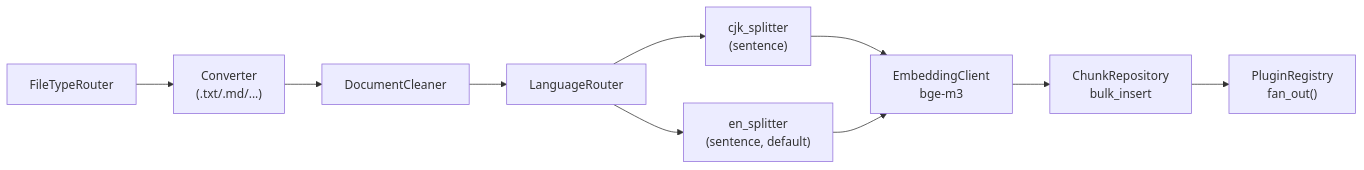
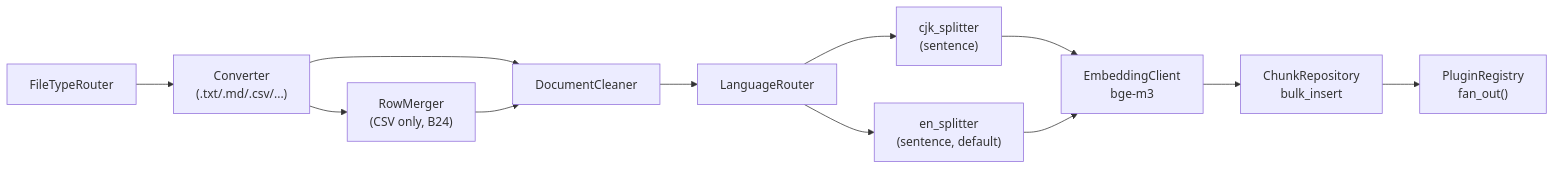
Before and after one commit to jeffweilee/ragent: the diagram in docs/00_spec.md, drawn with Mermaid. The commit also changed other lines of this file and 1 other file, not shown here.

First line of the commit message:
[BEHAVIORAL] Round 4 pre-impl audit: B16-B25 + C1-C9 (heartbeat, timeout, CSV merger, naming, env vars, ...)

````diff
--- a/docs/00_spec.md
+++ b/docs/00_spec.md
@@ -103,11 +111,13 @@
 ```mermaid
 flowchart LR
-  A[FileTypeRouter] --> B["Converter\n(.txt/.md/...)"]
+  A[FileTypeRouter] --> B["Converter\n(.txt/.md/.csv/...)"]
+  B --> M["RowMerger\n(CSV only, B24)"]
   B --> C[DocumentCleaner]
+  M --> C
   C --> D[LanguageRouter]
   D --> E1["cjk_splitter\n(sentence)"]
   D --> E2["en_splitter\n(sentence, default)"]
   E1 & E2 --> F["EmbeddingClient\nbge-m3"]
   F --> G["ChunkRepository\nbulk_insert"]
   G --> H["PluginRegistry\nfan_out()"]
 ```
````
